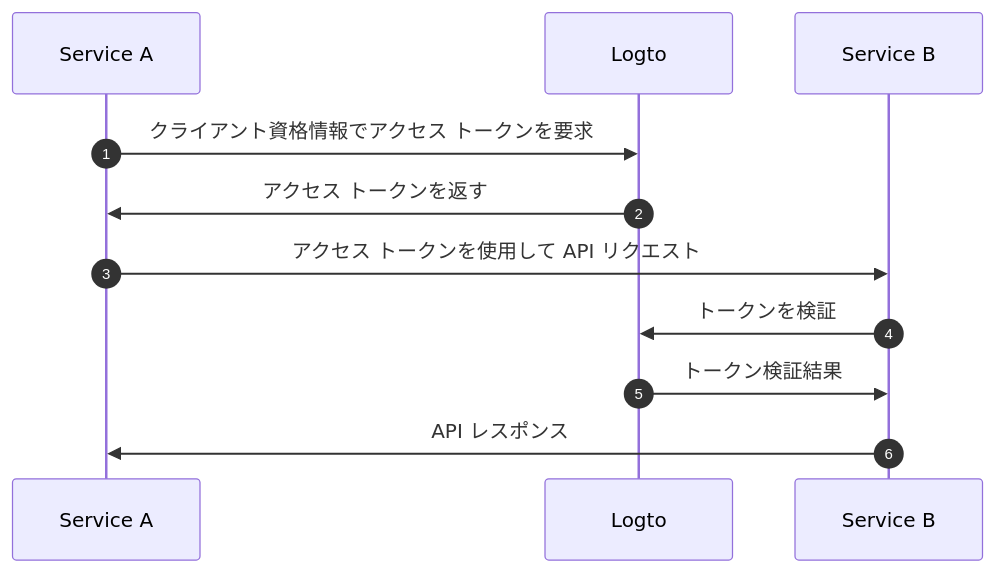
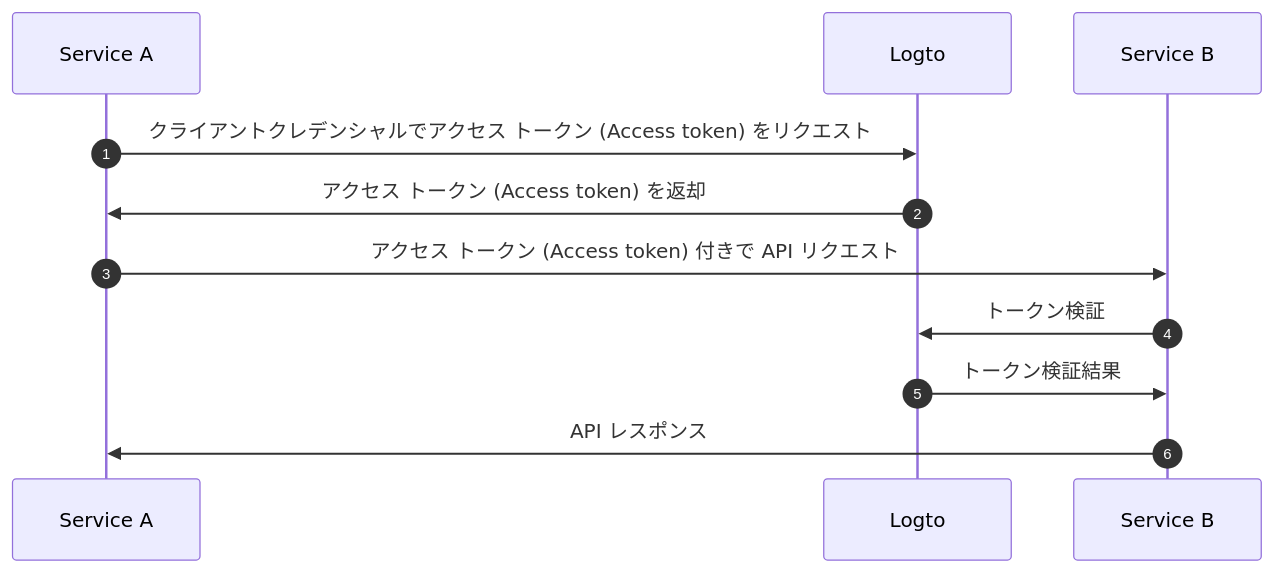
The second of 4 diagrams in i18n/ja/docusaurus-plugin-content-docs/current/integrate-logto/integrate-logto-into-your-application/understand-authentication-flow.mdx (logto-io/docs), drawn with Mermaid before and after one commit. The commit also changed other lines of this file and 44 other files, not shown here.

````diff
--- a/i18n/ja/docusaurus-plugin-content-docs/current/integrate-logto/integrate-logto-into-your-application/understand-authentication-flow.mdx
+++ b/i18n/ja/docusaurus-plugin-content-docs/current/integrate-logto/integrate-logto-into-your-application/understand-authentication-flow.mdx
@@ -42,14 +42,14 @@
 ```mermaid
 sequenceDiagram
     autonumber
     participant Service A
     participant Logto
     participant Service B
 
-    Service A->>Logto: クライアント資格情報でアクセス トークンを要求
-    Logto->>Service A: アクセス トークンを返す
-    Service A->>Service B: アクセス トークンを使用して API リクエスト
-    Service B->>Logto: トークンを検証
+    Service A->>Logto: クライアントクレデンシャルでアクセス トークン (Access token) をリクエスト
+    Logto->>Service A: アクセス トークン (Access token) を返却
+    Service A->>Service B: アクセス トークン (Access token) 付きで API リクエスト
+    Service B->>Logto: トークン検証
     Logto->>Service B: トークン検証結果
     Service B->>Service A: API レスポンス
 ```
````
